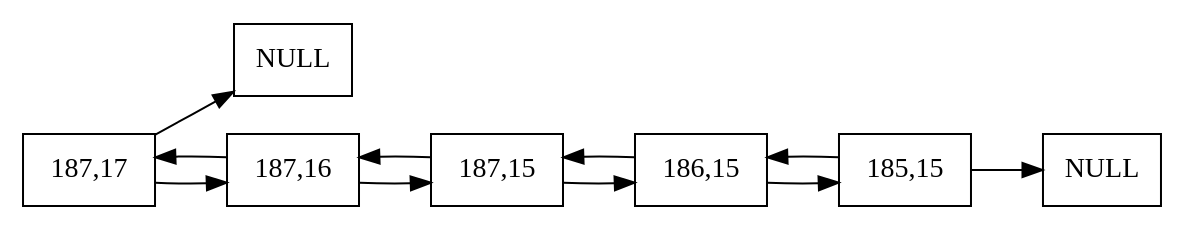
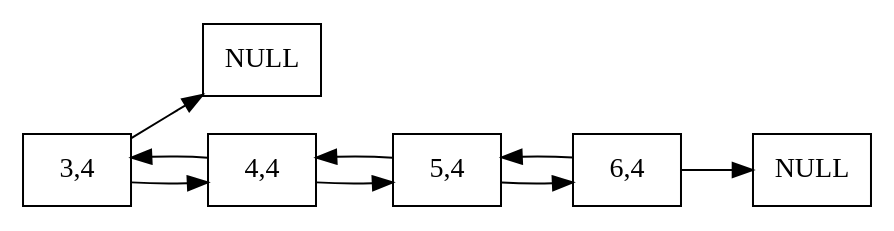
One commit to olgt/EDD_1S2019_P1_201612341 changed the diagram in SnakeReport.dot. Above: the diagram before and after it, drawn with Graphviz. The commit also changed 7 other files, not shown here.

```diff
--- a/SnakeReport.dot
+++ b/SnakeReport.dot
@@ -1,21 +1,18 @@
 digraph firstGraph{
 node [shape = record];
 rankdir=LR;
 node0 [label=" NULL "];
 node1 -> node0;
-node1 [label=" 187,17 "];
+node1 [label=" 3,4 "];
 node1 -> node2;
 node2 -> node1;
-node2 [label=" 187,16 "];
+node2 [label=" 4,4 "];
 node2 -> node3;
 node3 -> node2;
-node3 [label=" 187,15 "];
+node3 [label=" 5,4 "];
 node3 -> node4;
 node4 -> node3;
-node4 [label=" 186,15 "];
+node4 [label=" 6,4 "];
 node4 -> node5;
-node5 -> node4;
-node5 [label=" 185,15 "];
-node5 -> node6;
-node6 [label=" NULL "];
+node5 [label=" NULL "];
 }
```
